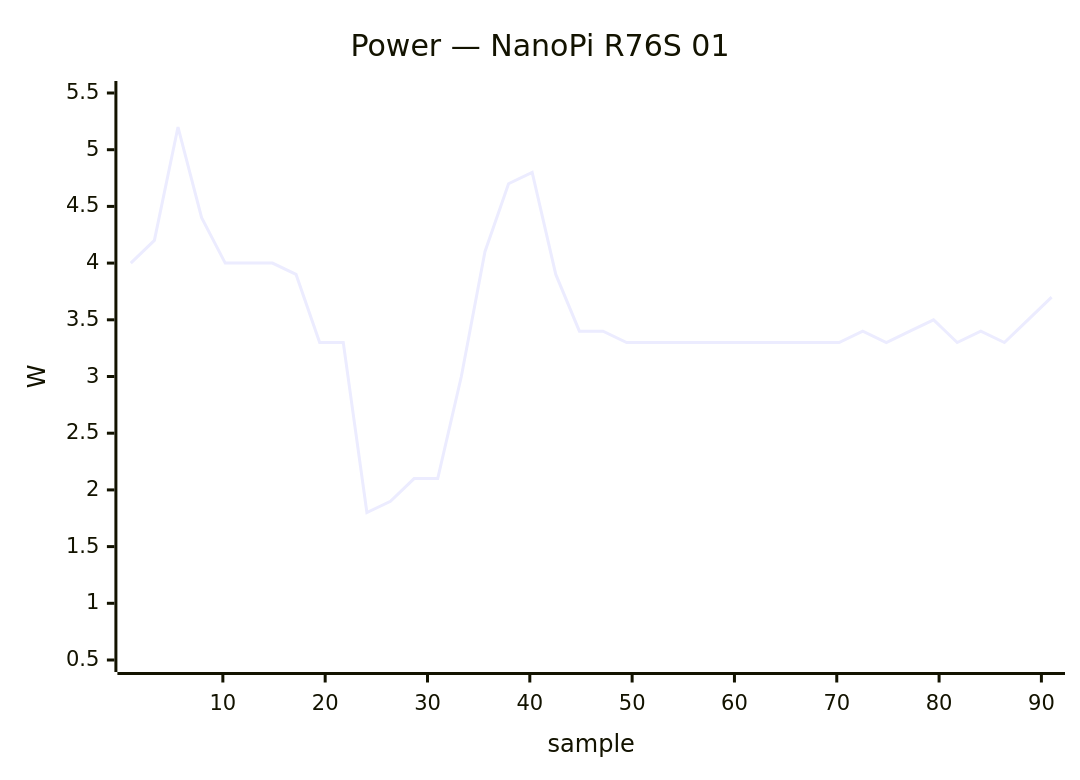
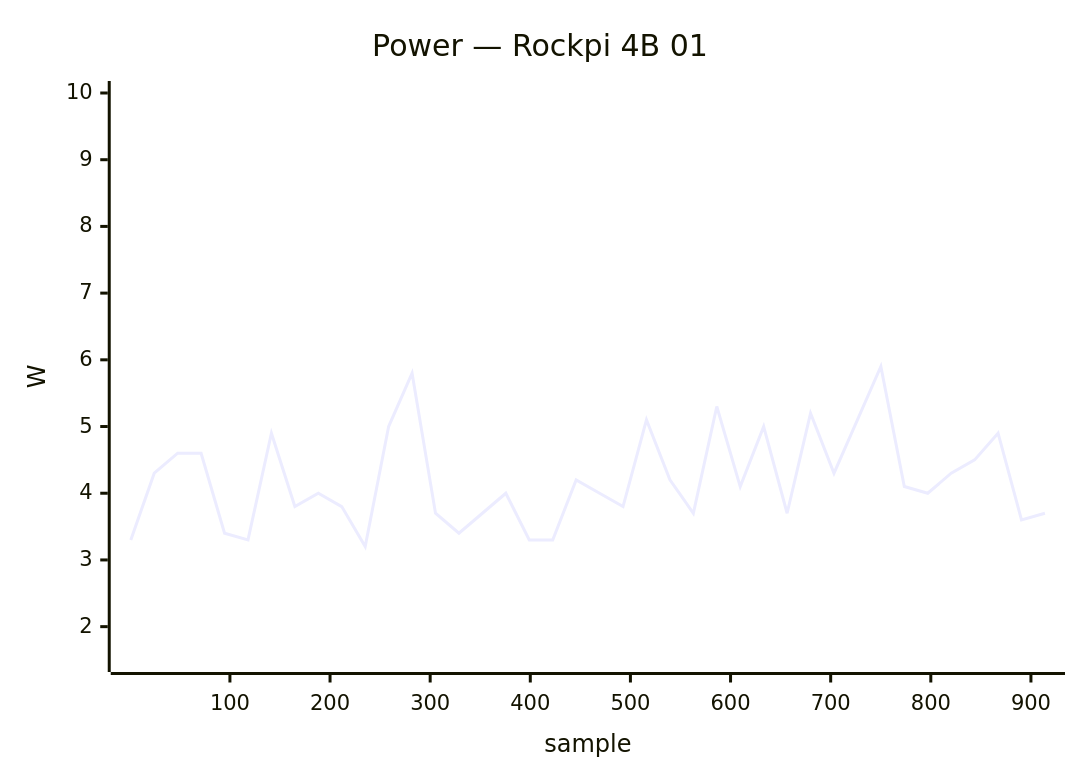
The seventh of 50 diagrams in docs/status/board-tests.md (armbian/documentation), drawn with Mermaid before and after one commit. The commit also changed other lines of this file, not shown here.

````diff
--- a/docs/status/board-tests.md
+++ b/docs/status/board-tests.md
@@ -135,7 +355,7 @@
 ```mermaid
 xychart-beta
-    title "Power — NanoPi R76S 01"
-    x-axis "sample" 1 --> 91
-    y-axis "W" 0.5 --> 5.5
-    line [4.0, 4.2, 5.2, 4.4, 4.0, 4.0, 4.0, 3.9, 3.3, 3.3, 1.8, 1.9, 2.1, 2.1, 3.0, 4.1, 4.7, 4.8, 3.9, 3.4, 3.4, 3.3, 3.3, 3.3, 3.3, 3.3, 3.3, 3.3, 3.3, 3.3, 3.3, 3.4, 3.3, 3.4, 3.5, 3.3, 3.4, 3.3, 3.5, 3.7]
+    title "Power — Rockpi 4B 01"
+    x-axis "sample" 1 --> 914
+    y-axis "W" 1.5 --> 10.0
+    line [3.3, 4.3, 4.6, 4.6, 3.4, 3.3, 4.9, 3.8, 4.0, 3.8, 3.2, 5.0, 5.8, 3.7, 3.4, 3.7, 4.0, 3.3, 3.3, 4.2, 4.0, 3.8, 5.1, 4.2, 3.7, 5.3, 4.1, 5.0, 3.7, 5.2, 4.3, 5.1, 5.9, 4.1, 4.0, 4.3, 4.5, 4.9, 3.6, 3.7]
 ```
````
